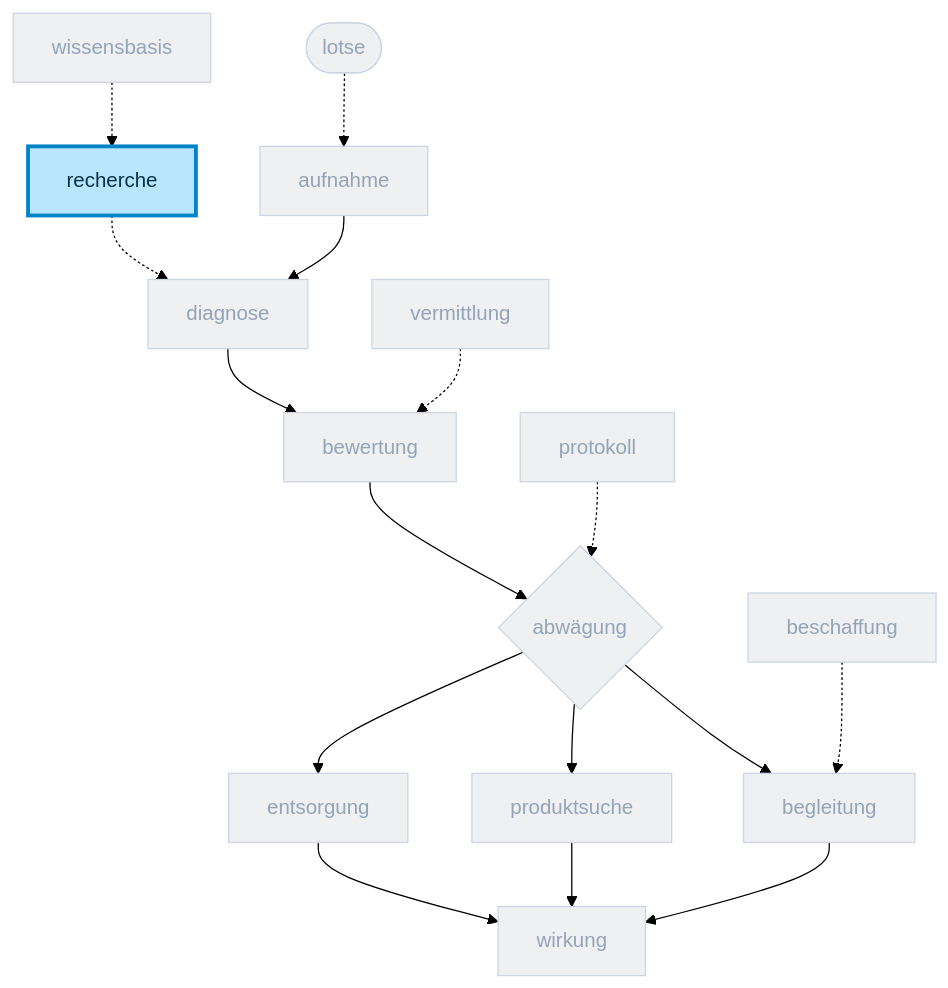
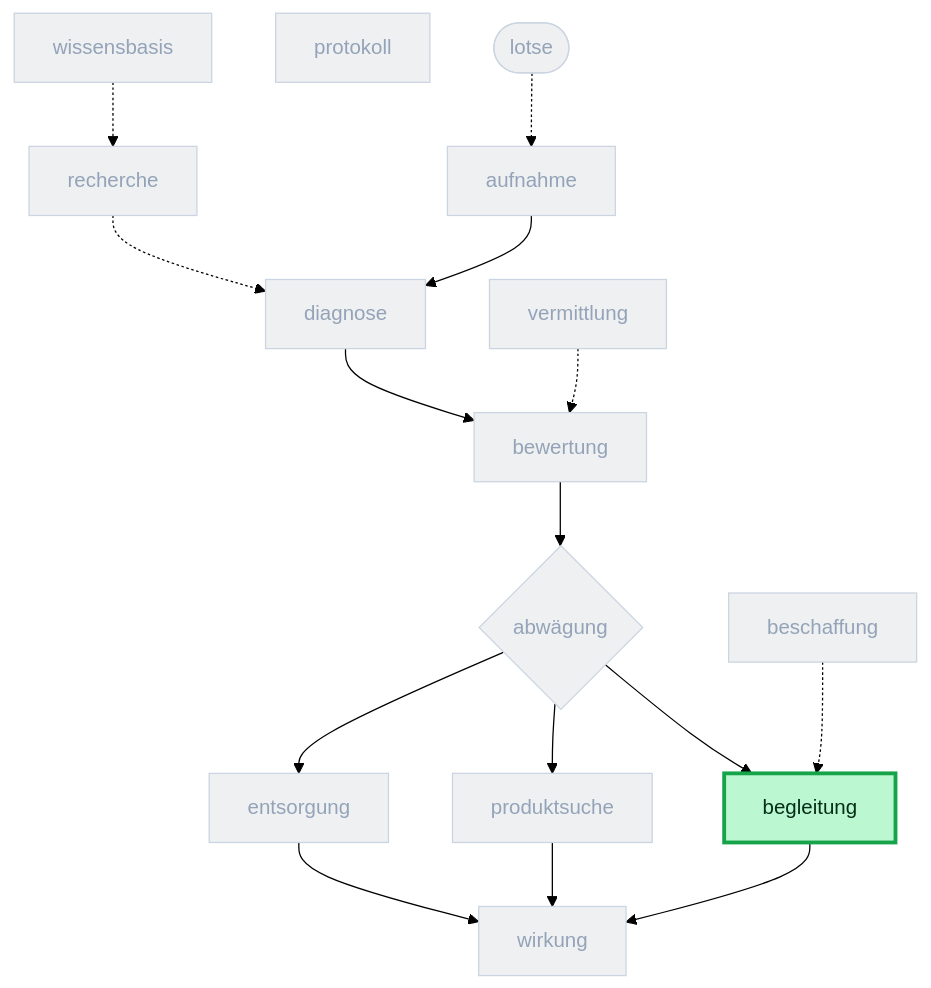
One commit to DigitaleOberlausitz/hackathon2026_RepairApp changed diagram 11 of 15 in docs/folien/runtime-roles.adoc. Above: the diagram before and after it, drawn with Mermaid (forest theme). The commit also changed other lines of this file and 2 other files, not shown here.

First line of the commit message:
docs(folien): Rollen-Folien narrativ (just-in-time) ordnen + schärfere Diagramme

```diff
--- a/docs/folien/runtime-roles.adoc
+++ b/docs/folien/runtime-roles.adoc
@@ -579,31 +601,30 @@
 [mermaid]
 ....
 flowchart TB
   classDef dim fill:#eef0f2,stroke:#cbd5e1,color:#94a3b8
-  classDef active fill:#bae6fd,stroke:#0284c7,stroke-width:3px,color:#082f49
+  classDef active fill:#bbf7d0,stroke:#16a34a,stroke-width:3px,color:#052e16
   lotse([lotse]):::dim
   aufnahme[aufnahme]:::dim
   diagnose[diagnose]:::dim
   bewertung[bewertung]:::dim
   abwaegung{abwägung}:::dim
   begleitung[begleitung]:::dim
   produktsuche[produktsuche]:::dim
   entsorgung[entsorgung]:::dim
   wirkung[wirkung]:::dim
   recherche[recherche]:::dim
   vermittlung[vermittlung]:::dim
   beschaffung[beschaffung]:::dim
   protokoll[protokoll]:::dim
   wissensbasis[wissensbasis]:::dim
   lotse -.-> aufnahme
   aufnahme --> diagnose --> bewertung --> abwaegung
   abwaegung --> begleitung --> wirkung
   abwaegung --> produktsuche --> wirkung
   abwaegung --> entsorgung --> wirkung
   recherche -.-> diagnose
   vermittlung -.-> bewertung
   beschaffung -.-> begleitung
-  protokoll -.-> abwaegung
   wissensbasis -.-> recherche
-  class recherche active
+  class begleitung active
 ....
```
